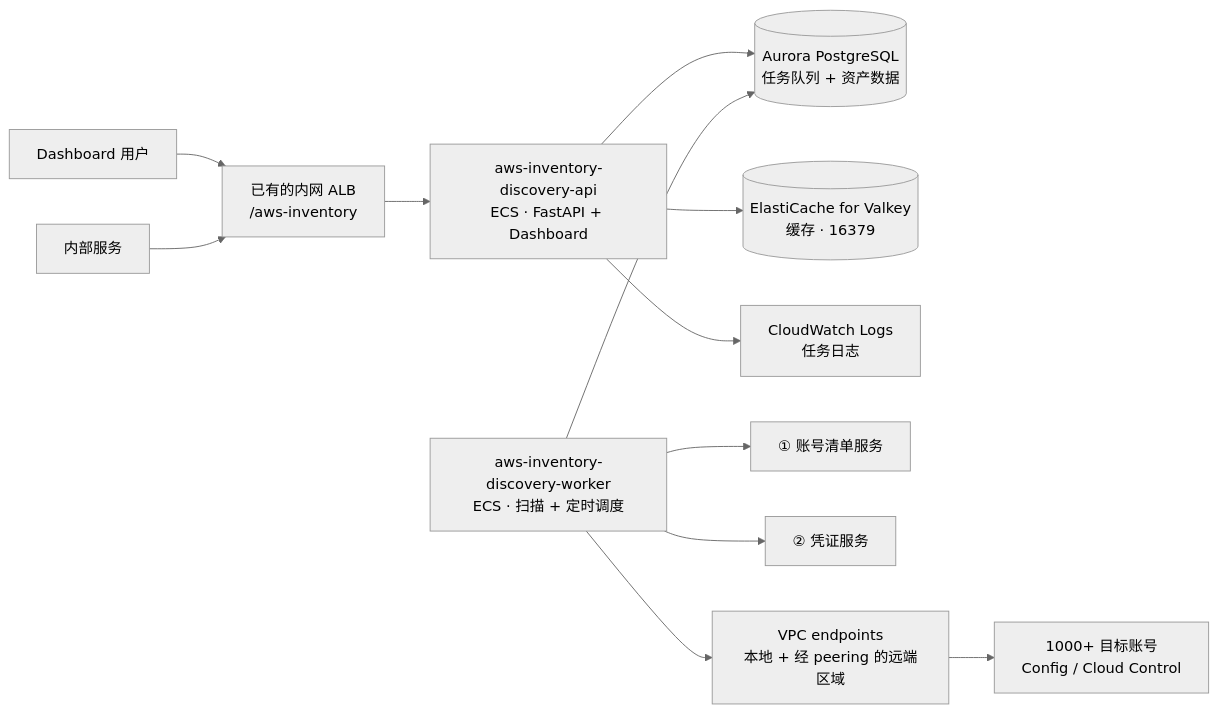
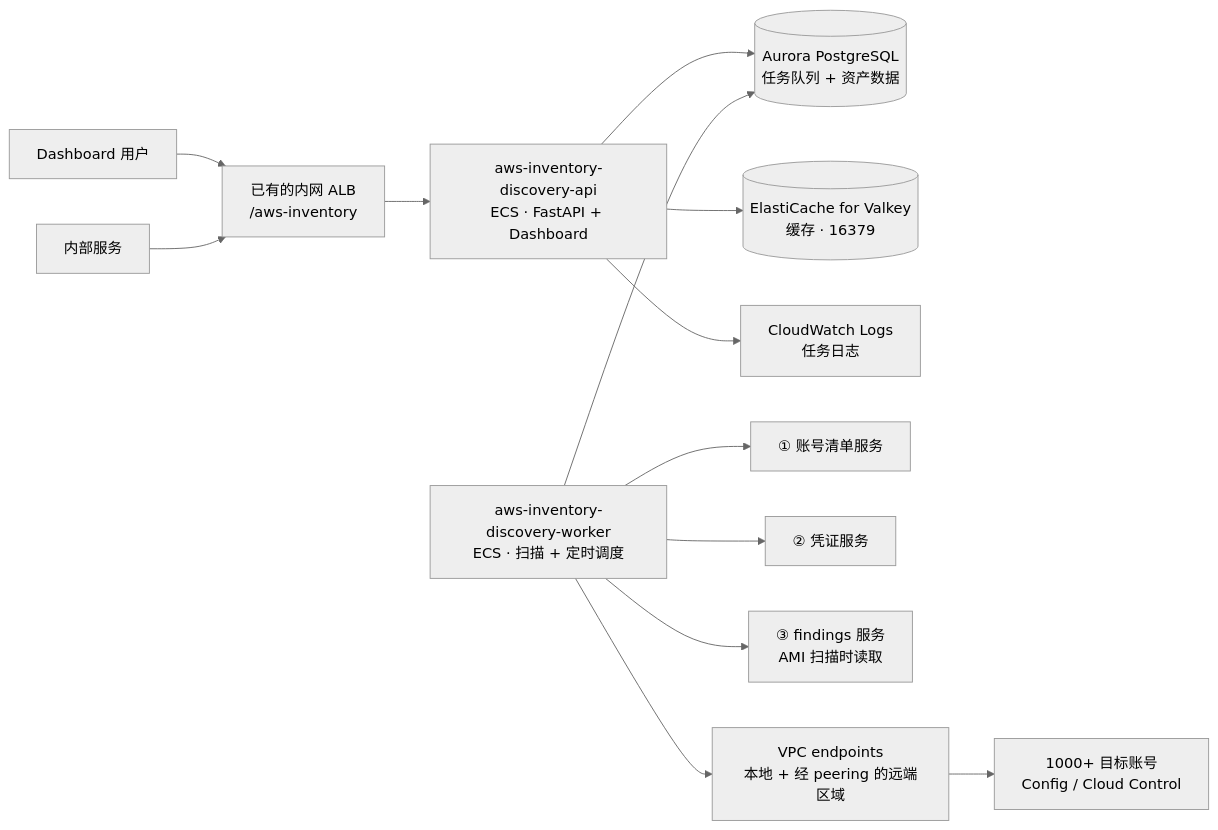
The diagram in docs/DESIGN.md (ByteChill/aws-inventory-discovery), drawn with Mermaid (neutral theme) before and after one commit. The commit also changed other lines of this file and 9 other files, not shown here.

````diff
--- a/docs/DESIGN.md
+++ b/docs/DESIGN.md
@@ -42,14 +49,15 @@
 ```mermaid
 flowchart LR
   U[Dashboard 用户] --> ALB[已有的内网 ALB<br/>/aws-inventory]
   S[内部服务] --> ALB
   ALB --> API[aws-inventory-discovery-api<br/>ECS · FastAPI + Dashboard]
   API --> PG[(Aurora PostgreSQL<br/>任务队列 + 资产数据)]
   API --> R[(ElastiCache for Valkey<br/>缓存 · 16379)]
   API --> CWL[CloudWatch Logs<br/>任务日志]
   W[aws-inventory-discovery-worker<br/>ECS · 扫描 + 定时调度] --> PG
   W --> REG[① 账号清单服务]
   W --> CRED[② 凭证服务]
+  W --> FIND[③ findings 服务<br/>AMI 扫描时读取]
   W --> EP[VPC endpoints<br/>本地 + 经 peering 的远端区域]
   EP --> T[1000+ 目标账号<br/>Config / Cloud Control]
 ```
````
